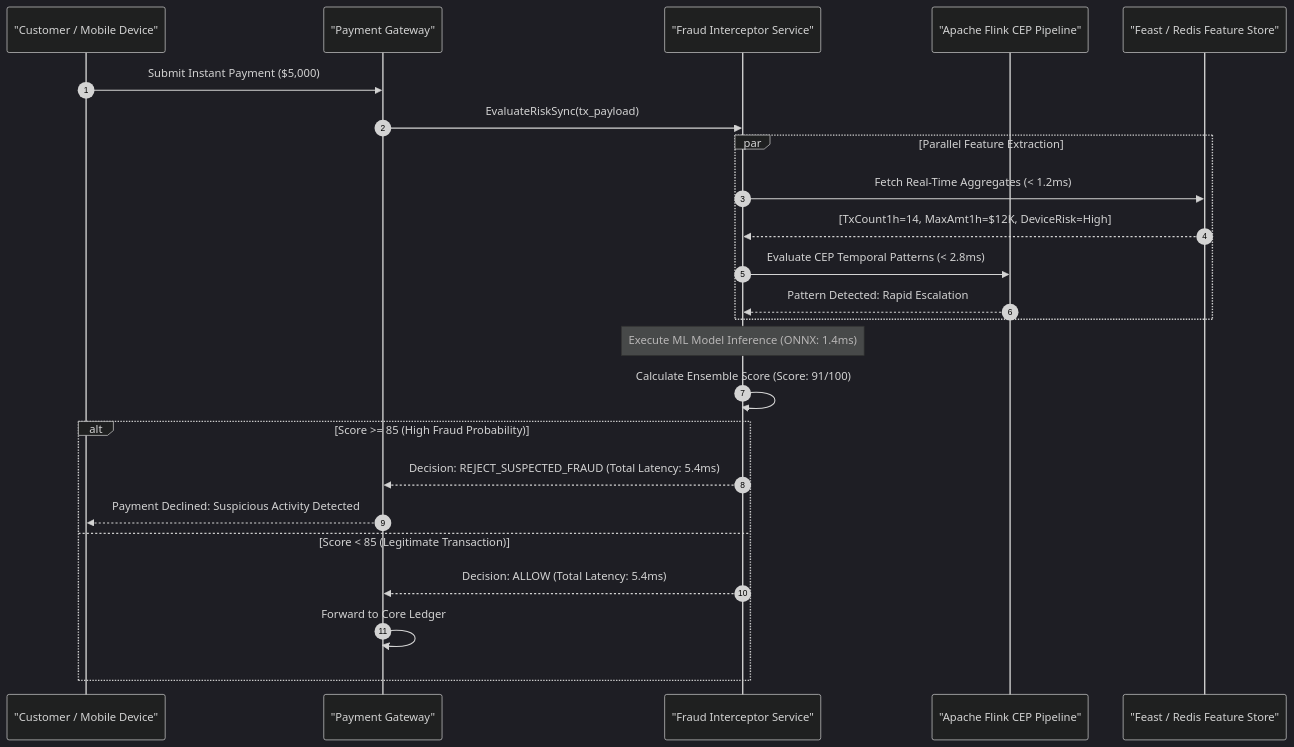
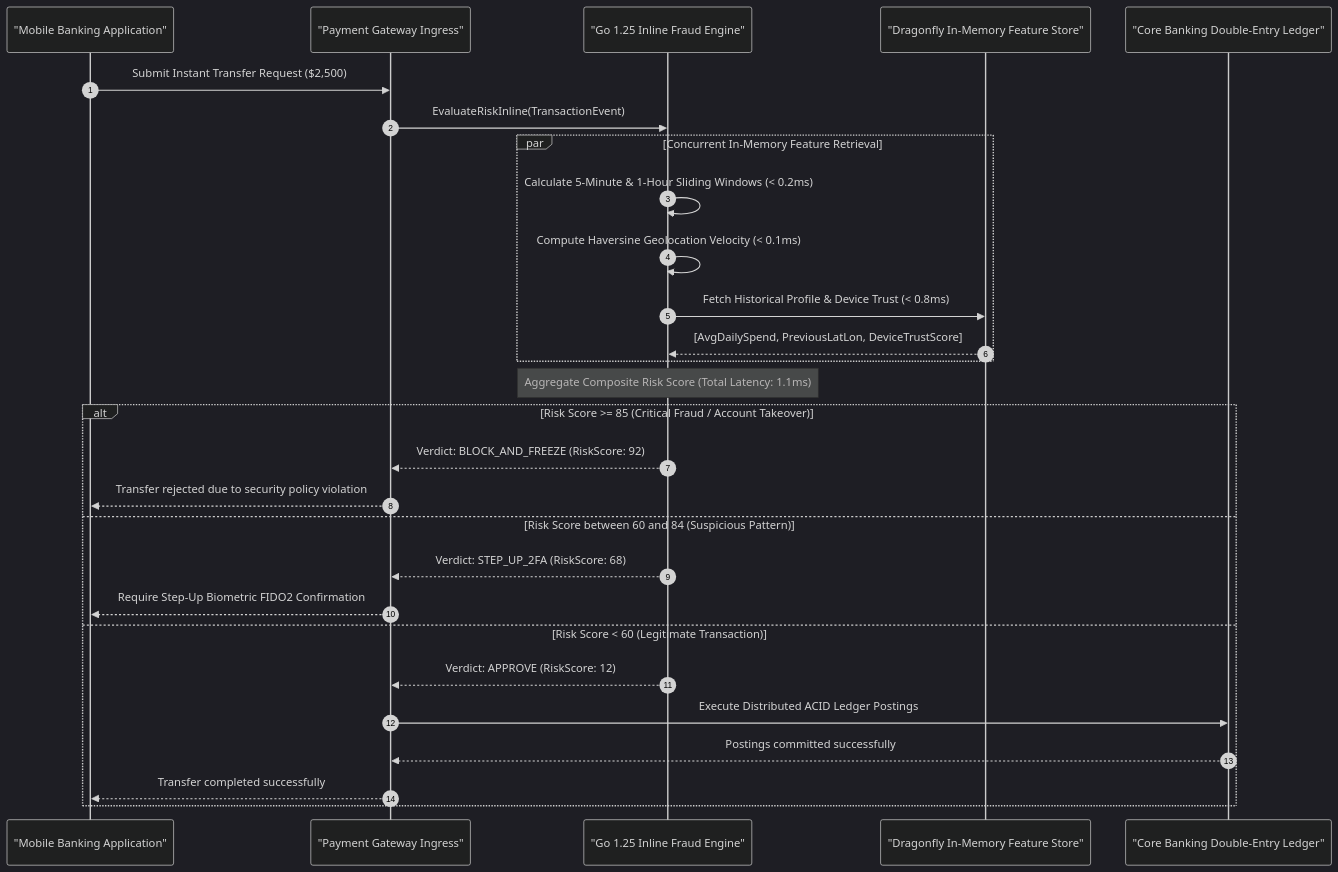
The second of 2 diagrams in content/series/core-banking-architecture/part-7-streaming-fraud-detection.md (vesviet/vesviet), drawn with Mermaid (dark theme) before and after one commit. The commit also changed other lines of this file and 90 other files, not shown here.

Commit message:
feat(content): upgrade routing-geospatial and core-banking series to 2027 SOTA masterclass standard

````diff
--- a/content/series/core-banking-architecture/part-7-streaming-fraud-detection.md
+++ b/content/series/core-banking-architecture/part-7-streaming-fraud-detection.md
@@ -83,30 +78,34 @@
 ```mermaid
 sequenceDiagram
     autonumber
-    participant Customer as "Customer / Mobile Device"
-    participant Gateway as "Payment Gateway"
-    participant Interceptor as "Fraud Interceptor Service"
-    participant Flink as "Apache Flink CEP Pipeline"
-    participant Redis as "Feast / Redis Feature Store"
+    participant Client as "Mobile Banking Application"
+    participant Gateway as "Payment Gateway Ingress"
+    participant Engine as "Go 1.25 Inline Fraud Engine"
+    participant Redis as "Dragonfly In-Memory Feature Store"
+    participant Ledger as "Core Banking Double-Entry Ledger"
 
-    Customer->>Gateway: Submit Instant Payment ($5,000)
-    Gateway->>Interceptor: EvaluateRiskSync(tx_payload)
+    Client->>Gateway: Submit Instant Transfer Request ($2,500)
+    Gateway->>Engine: EvaluateRiskInline(TransactionEvent)
     
-    par Parallel Feature Extraction
-        Interceptor->>Redis: Fetch Real-Time Aggregates (< 1.2ms)
-        Redis-->>Interceptor: [TxCount1h=14, MaxAmt1h=$12K, DeviceRisk=High]
-        Interceptor->>Flink: Evaluate CEP Temporal Patterns (< 2.8ms)
-        Flink-->>Interceptor: Pattern Detected: Rapid Escalation
+    par Concurrent In-Memory Feature Retrieval
+        Engine->>Engine: Calculate 5-Minute & 1-Hour Sliding Windows (< 0.2ms)
+        Engine->>Engine: Compute Haversine Geolocation Velocity (< 0.1ms)
+        Engine->>Redis: Fetch Historical Profile & Device Trust (< 0.8ms)
+        Redis-->>Engine: [AvgDailySpend, PreviousLatLon, DeviceTrustScore]
     end
 
-    Note over Interceptor: Execute ML Model Inference (ONNX: 1.4ms)
-    Interceptor->>Interceptor: Calculate Ensemble Score (Score: 91/100)
-
-    alt Score >= 85 (High Fraud Probability)
-        Interceptor-->>Gateway: Decision: REJECT_SUSPECTED_FRAUD (Total Latency: 5.4ms)
-        Gateway-->>Customer: Payment Declined: Suspicious Activity Detected
-    else Score < 85 (Legitimate Transaction)
-        Interceptor-->>Gateway: Decision: ALLOW (Total Latency: 5.4ms)
-        Gateway->>Gateway: Forward to Core Ledger
+    Note over Engine: Aggregate Composite Risk Score (Total Latency: 1.1ms)
+    
+    alt Risk Score >= 85 (Critical Fraud / Account Takeover)
+        Engine-->>Gateway: Verdict: BLOCK_AND_FREEZE (RiskScore: 92)
+        Gateway-->>Client: Transfer rejected due to security policy violation
+    else Risk Score between 60 and 84 (Suspicious Pattern)
+        Engine-->>Gateway: Verdict: STEP_UP_2FA (RiskScore: 68)
+        Gateway-->>Client: Require Step-Up Biometric FIDO2 Confirmation
+    else Risk Score < 60 (Legitimate Transaction)
+        Engine-->>Gateway: Verdict: APPROVE (RiskScore: 12)
+        Gateway->>Ledger: Execute Distributed ACID Ledger Postings
+        Ledger-->>Gateway: Postings committed successfully
+        Gateway-->>Client: Transfer completed successfully
     end
 ```
````
